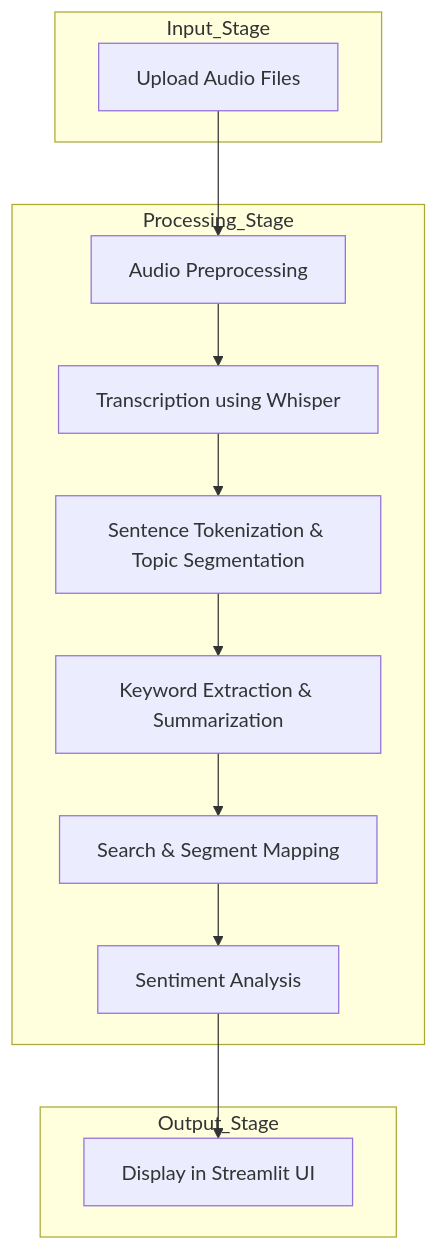
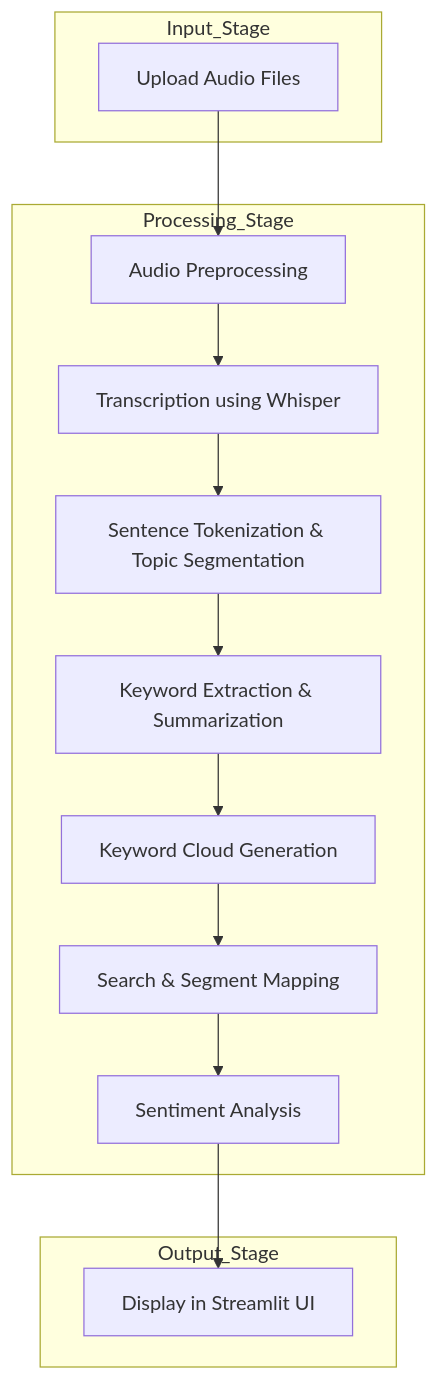
The diagram in README.md (springboardmentor13579x-proj/Automated-Podcast-Transcription-and-Topic-Segmentation), drawn with Mermaid before and after one commit. The commit also changed other lines of this file, not shown here.

````diff
--- a/README.md
+++ b/README.md
@@ -98,25 +106,27 @@
 ```mermaid
 flowchart TD
     %% Input Stage
     subgraph Input_Stage
         A[Upload Audio Files]
     end
 
     %% Processing Stage
     subgraph Processing_Stage
         B[Audio Preprocessing]
         C[Transcription using Whisper]
         D[Sentence Tokenization & Topic Segmentation]
         E[Keyword Extraction & Summarization]
+        K[Keyword Cloud Generation]
         F[Search & Segment Mapping]
         H[Sentiment Analysis]
+       
     end
 
     %% Output Stage
     subgraph Output_Stage
         G[Display in Streamlit UI]
     end
 
     %% Connections
-    A --> B --> C --> D --> E --> F --> H --> G
+    A --> B --> C --> D --> E --> K --> F --> H --> G 
 ```
````
